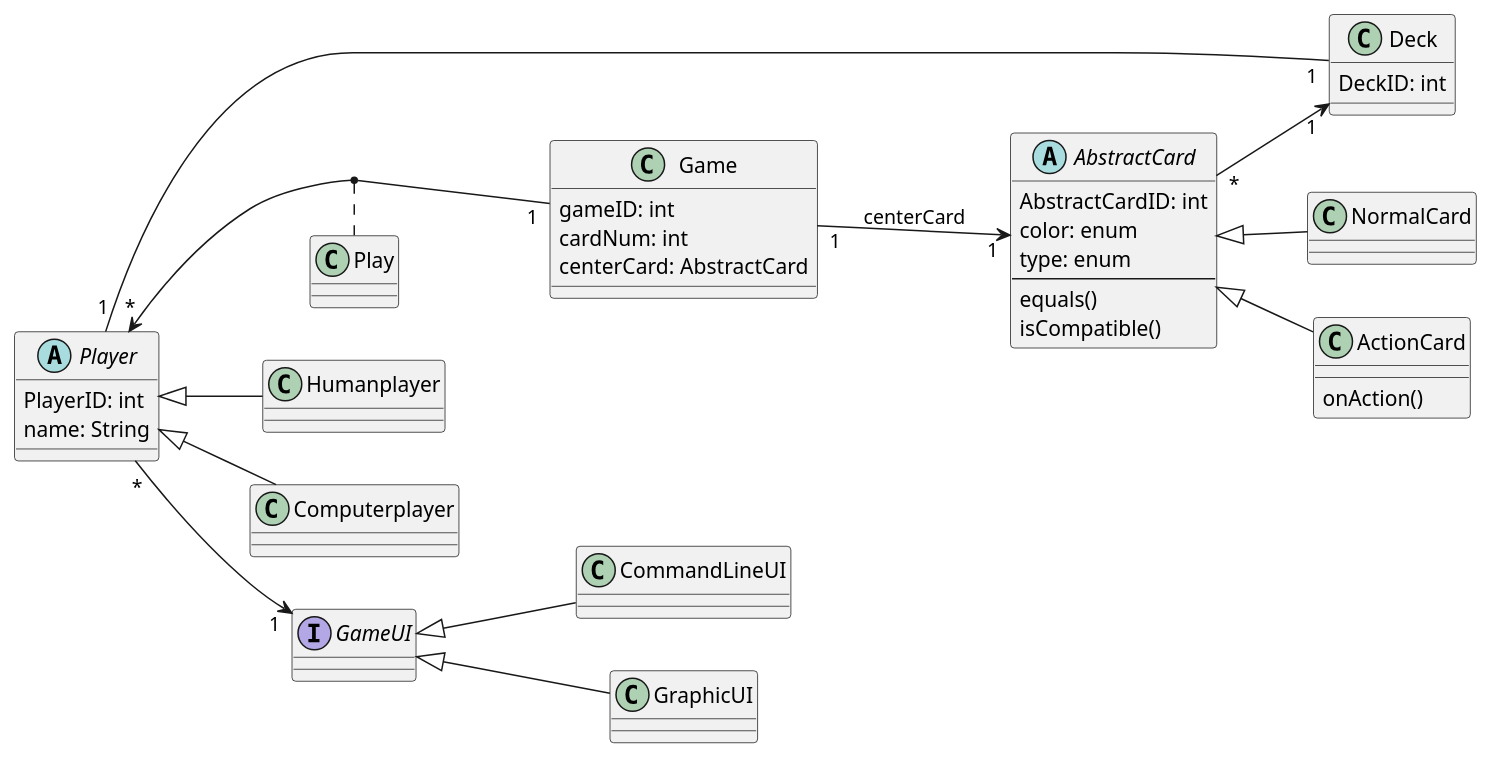
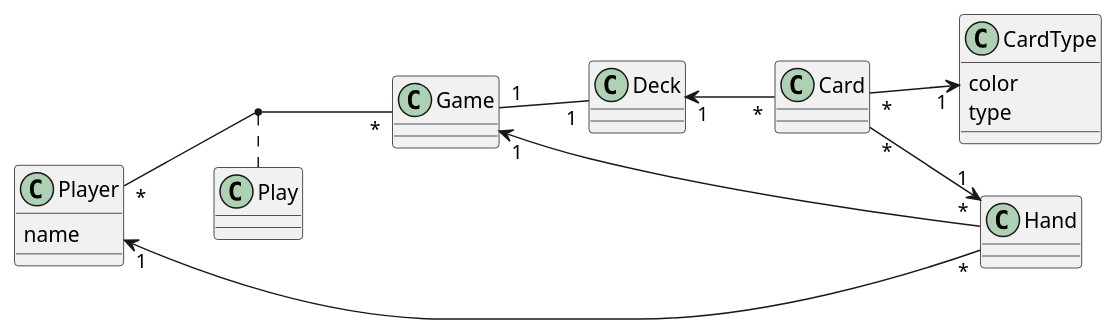
One commit to 2122-3bhitm-itp/02-project-uno changed the diagram in asciidocs/plantuml/classDiagramm.puml. Above: the diagram before and after it, drawn with PlantUML. The commit also changed 2 other files, not shown here.

Commit message:
update classdiagramm

```diff
--- a/asciidocs/plantuml/classDiagramm.puml
+++ b/asciidocs/plantuml/classDiagramm.puml
@@ -1,65 +1,35 @@
 @startuml
-
 skinparam backgroundcolor transparent
 skinparam shadowing false
 
 left to right direction
 
-abstract Player{
-PlayerID: int
-name: String
-}
-class Deck{
-DeckID: int
+class Player {
+    name
 }
 
-class Humanplayer{
+class Hand
+
+class Game
+
+class Deck
+
+class Card
+
+class CardType {
+    color
+    type
 }
 
-class Computerplayer{
-}
-abstract AbstractCard{
-AbstractCardID: int
-color: enum
-type: enum
---
-equals()
-isCompatible()
-}
-class NormalCard{
-}
-class ActionCard{
-onAction()
-}
+Player "1"<--"*" Hand
+Player "*"--"*" Game
+(Player, Game) .. Play
 
-class Game{
-gameID: int
-cardNum: int
-centerCard: AbstractCard
-}
-interface GameUI{
 
-}
-class CommandLineUI{
-}
-class GraphicUI{
-}
+Game "1"<--"*" Hand
+Game "1"--"1" Deck
 
-AbstractCard <|-- NormalCard
-AbstractCard <|-- ActionCard
-
-Player <|-- Computerplayer
-Player <|-- Humanplayer
-Player "1" -- "1" Deck
-Player "*" --> "1" GameUI
-Player "*" <-- "1" Game
-
-AbstractCard "*" --> "1" Deck
-
-Game "1" --> "1" AbstractCard : centerCard
-
-(Game, Player)..Play
-
-GameUI<|-- CommandLineUI
-GameUI<|-- GraphicUI
+Deck "1"<--"*" Card
+Card "*"-->"1" CardType
+Card "*"-->"1" Hand
 @enduml
```
